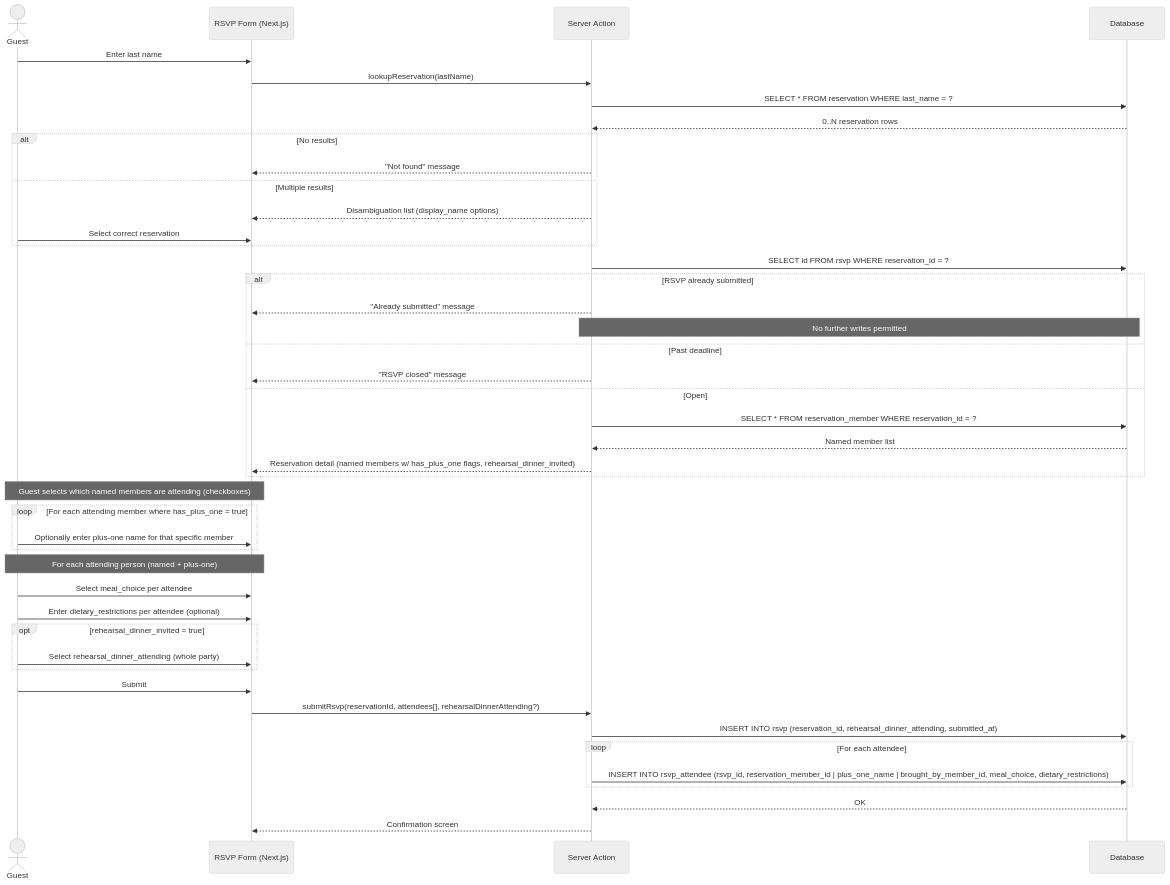
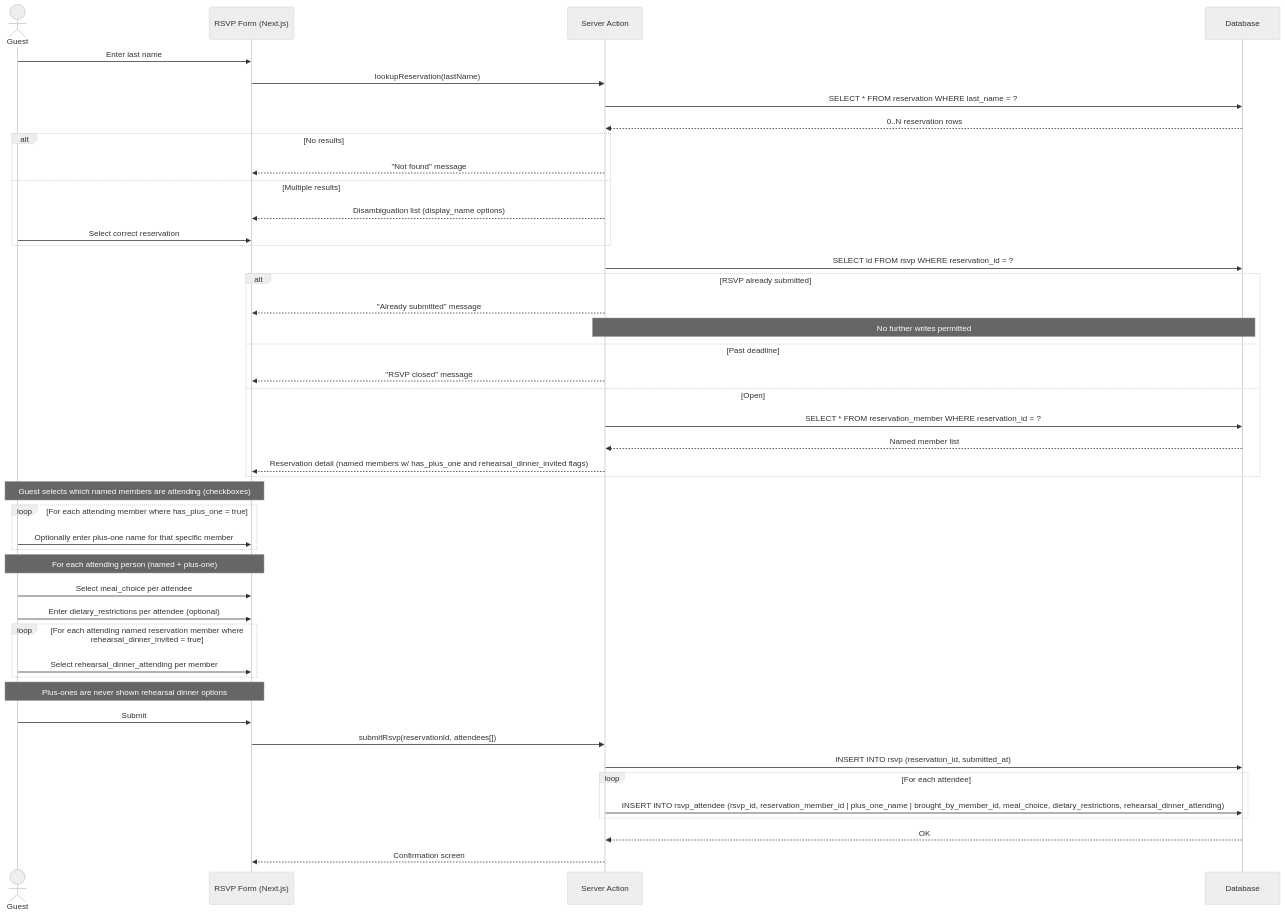
The first of 3 diagrams in docs/RSVP_ARCHITECTURE.md (15ajohnson/collin-alivia-wedding), drawn with Mermaid (neutral theme) before and after one commit. The commit also changed other lines of this file and 5 other files, not shown here.

Commit message:
scope rehearsal dinner invite to rsvp_attendee

````diff
--- a/docs/RSVP_ARCHITECTURE.md
+++ b/docs/RSVP_ARCHITECTURE.md
@@ -11,55 +11,56 @@
 ```mermaid
 sequenceDiagram
     accTitle: RSVP User Flow (Revised — Named Attendees)
     accDescr: Sequence of interactions between the guest browser, Next.js server actions, and the database during an RSVP submission with named attendee and per-person meal selection support
 
     actor Guest
     participant UI as RSVP Form (Next.js)
     participant SA as Server Action
     participant DB as Database
 
     Guest->>UI: Enter last name
     UI->>SA: lookupReservation(lastName)
     SA->>DB: SELECT * FROM reservation WHERE last_name = ?
     DB-->>SA: 0..N reservation rows
     alt No results
         SA-->>UI: "Not found" message
     else Multiple results
         SA-->>UI: Disambiguation list (display_name options)
         Guest->>UI: Select correct reservation
     end
 
     SA->>DB: SELECT id FROM rsvp WHERE reservation_id = ?
     alt RSVP already submitted
         SA-->>UI: "Already submitted" message
         note over SA,DB: No further writes permitted
     else Past deadline
         SA-->>UI: "RSVP closed" message
     else Open
         SA->>DB: SELECT * FROM reservation_member WHERE reservation_id = ?
         DB-->>SA: Named member list
-        SA-->>UI: Reservation detail (named members w/ has_plus_one flags, rehearsal_dinner_invited)
+        SA-->>UI: Reservation detail (named members w/ has_plus_one and rehearsal_dinner_invited flags)
     end
 
     note over Guest,UI: Guest selects which named members are attending (checkboxes)
     loop For each attending member where has_plus_one = true
         Guest->>UI: Optionally enter plus-one name for that specific member
     end
 
     note over Guest,UI: For each attending person (named + plus-one)
     Guest->>UI: Select meal_choice per attendee
     Guest->>UI: Enter dietary_restrictions per attendee (optional)
 
-    opt rehearsal_dinner_invited = true
-        Guest->>UI: Select rehearsal_dinner_attending (whole party)
+    loop For each attending named reservation member where rehearsal_dinner_invited = true
+        Guest->>UI: Select rehearsal_dinner_attending per member
     end
+    note over Guest,UI: Plus-ones are never shown rehearsal dinner options
 
     Guest->>UI: Submit
-    UI->>SA: submitRsvp(reservationId, attendees[], rehearsalDinnerAttending?)
-    SA->>DB: INSERT INTO rsvp (reservation_id, rehearsal_dinner_attending, submitted_at)
+    UI->>SA: submitRsvp(reservationId, attendees[])
+    SA->>DB: INSERT INTO rsvp (reservation_id, submitted_at)
     loop For each attendee
-        SA->>DB: INSERT INTO rsvp_attendee (rsvp_id, reservation_member_id | plus_one_name | brought_by_member_id, meal_choice, dietary_restrictions)
+        SA->>DB: INSERT INTO rsvp_attendee (rsvp_id, reservation_member_id | plus_one_name | brought_by_member_id, meal_choice, dietary_restrictions, rehearsal_dinner_attending)
     end
     DB-->>SA: OK
     SA-->>UI: Confirmation screen
 ```
````
